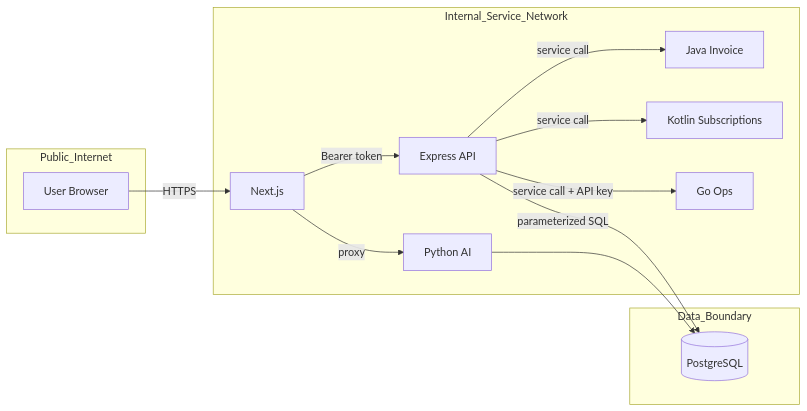
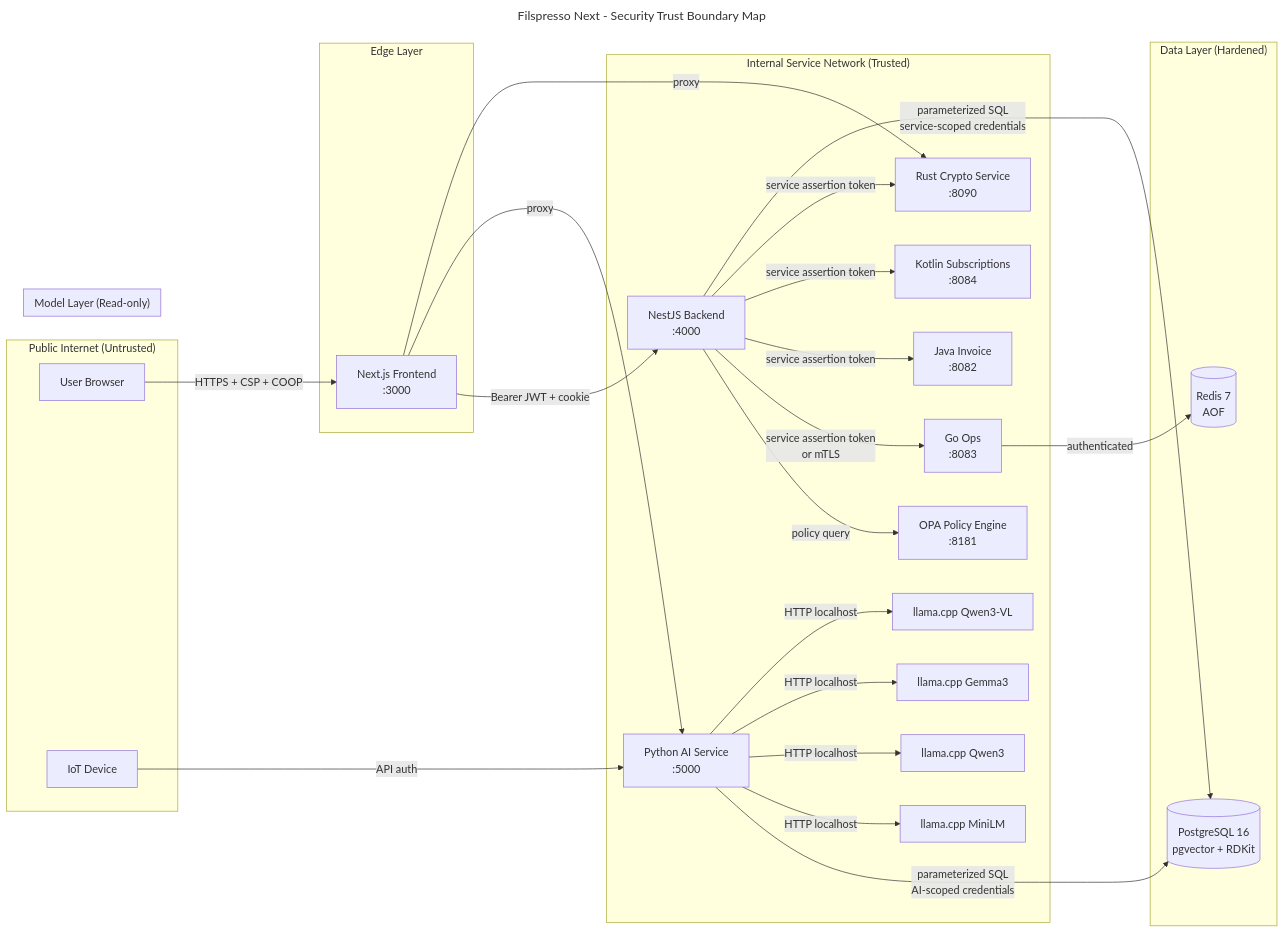
Before and after one commit to DarkShadow1107/filspresso_next: the diagram in docs/uml/security-trust-boundary.mmd, drawn with Mermaid. The commit also changed 49 other files, not shown here.

Commit message:
Update diagrams

```diff
--- a/docs/uml/security-trust-boundary.mmd
+++ b/docs/uml/security-trust-boundary.mmd
@@ -1,28 +1,60 @@
-flowchart LR
-    U[User Browser] -->|HTTPS| NX[Next.js]
-    NX -->|Bearer token| EX[Express API]
+    ---
+    title: Filspresso Next - Security Trust Boundary Map
+    ---
 
-    EX -->|service call| JV[Java Invoice]
-    EX -->|service call| KT[Kotlin Subscriptions]
-    EX -->|service call + API key| GO[Go Ops]
-    NX -->|proxy| PY[Python AI]
+    flowchart LR
+        U[User Browser] -->|HTTPS + CSP + COOP| NX[Next.js Frontend\n:3000]
+        I[IoT Device] -->|API auth| PY
 
-    EX -->|parameterized SQL| PG[(PostgreSQL)]
-    PY --> PG
+        subgraph Public_Internet["Public Internet (Untrusted)"]
+            U
+            I
+        end
 
-    subgraph Public_Internet
-        U
-    end
+        subgraph DMZ["Edge Layer"]
+            NX
+        end
 
-    subgraph Internal_Service_Network
-        NX
-        EX
-        JV
-        KT
-        GO
-        PY
-    end
+        NX -->|Bearer JWT + cookie| NEST[NestJS Backend\n:4000]
+        NX -->|proxy| PY[Python AI Service\n:5000]
+        NX -->|proxy| RC[Rust Crypto Service\n:8090]
 
-    subgraph Data_Boundary
-        PG
-    end
+        subgraph Internal_Services["Internal Service Network (Trusted)"]
+            NEST
+            OPA[OPA Policy Engine\n:8181]
+            PY
+            JV[Java Invoice\n:8082]
+            KT[Kotlin Subscriptions\n:8084]
+            GO[Go Ops\n:8083]
+            RC
+            MINILM[llama.cpp MiniLM]
+            QWEN[llama.cpp Qwen3]
+            GEMMA[llama.cpp Gemma3]
+            VL[llama.cpp Qwen3-VL]
+        end
+
+        NEST -->|policy query| OPA
+        NEST -->|service assertion token\nor mTLS| GO
+        NEST -->|service assertion token| JV
+        NEST -->|service assertion token| KT
+        NEST -->|service assertion token| RC
+        NEST -->|parameterized SQL\nservice-scoped credentials| PG
+        PY -->|parameterized SQL\nAI-scoped credentials| PG
+        PY -->|HTTP localhost| MINILM
+        PY -->|HTTP localhost| QWEN
+        PY -->|HTTP localhost| GEMMA
+        PY -->|HTTP localhost| VL
+
+        GO -->|authenticated| REDIS
+
+        subgraph Data_Boundary["Data Layer (Hardened)"]
+            PG[(PostgreSQL 16\npgvector + RDKit)]
+            REDIS[(Redis 7\nAOF)]
+        end
+
+        subgraph Model_Boundary["Model Layer (Read-only)"]
+            MINILM
+            QWEN
+            GEMMA
+            VL
+        end
```
